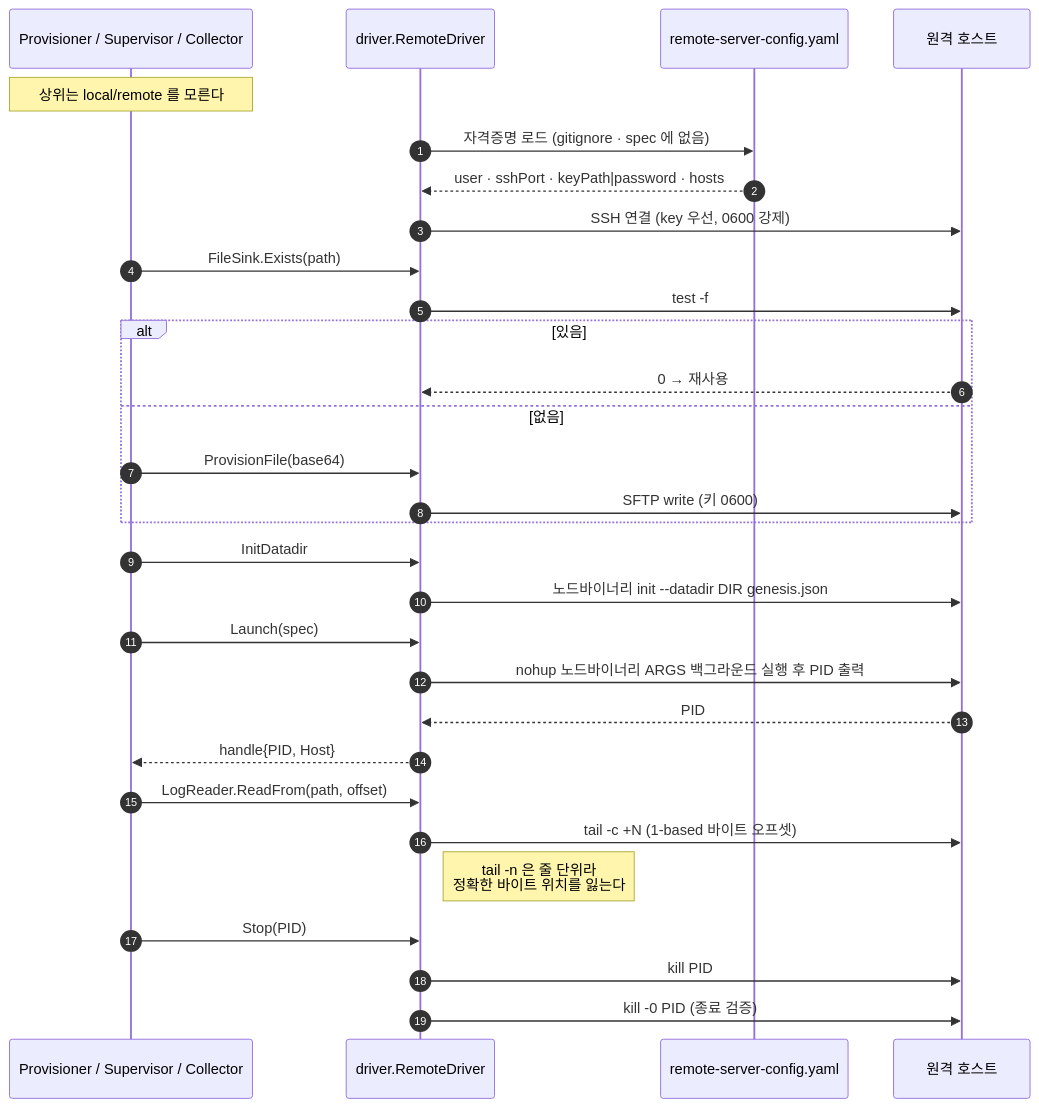
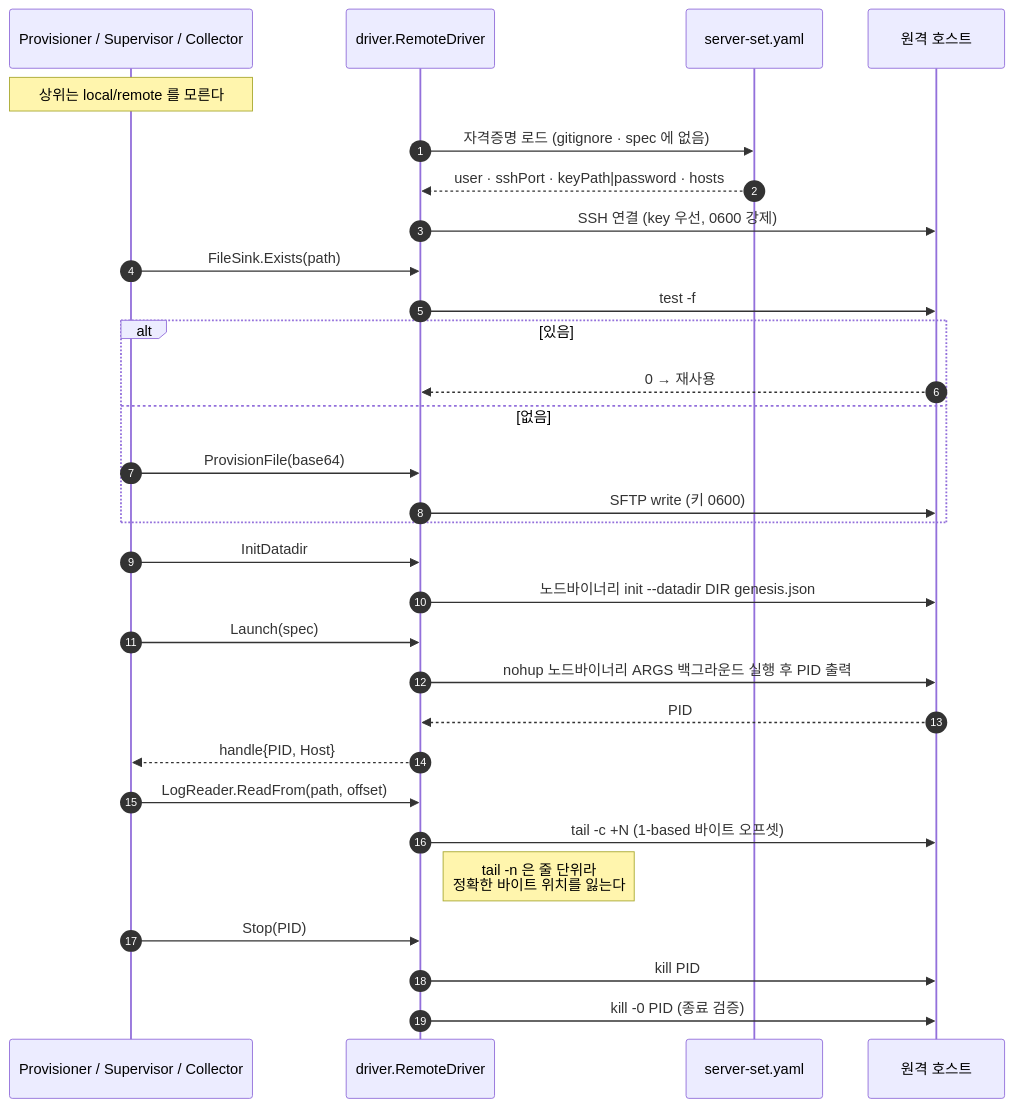
One commit to 0xmhha/chainbench changed the fifth of 6 diagrams in docs/dev/architecture/sequence-diagrams.md. Above: the diagram before and after it, drawn with Mermaid. The commit also changed 58 other files, not shown here.

````diff
--- a/docs/dev/architecture/sequence-diagrams.md
+++ b/docs/dev/architecture/sequence-diagrams.md
@@ -278,38 +278,38 @@
 ```mermaid
 sequenceDiagram
     autonumber
     participant UP as Provisioner / Supervisor / Collector
     participant D as driver.RemoteDriver
-    participant CFG as remote-server-config.yaml
+    participant CFG as server-set.yaml
     participant H as 원격 호스트
 
     note over UP: 상위는 local/remote 를 모른다
     D->>CFG: 자격증명 로드 (gitignore · spec 에 없음)
     CFG-->>D: user · sshPort · keyPath|password · hosts
     D->>H: SSH 연결 (key 우선, 0600 강제)
 
     UP->>D: FileSink.Exists(path)
     D->>H: test -f
     alt 있음
         H-->>D: 0 → 재사용
     else 없음
         UP->>D: ProvisionFile(base64)
         D->>H: SFTP write (키 0600)
     end
 
     UP->>D: InitDatadir
     D->>H: 노드바이너리 init --datadir DIR genesis.json
 
     UP->>D: Launch(spec)
     D->>H: nohup 노드바이너리 ARGS 백그라운드 실행 후 PID 출력
     H-->>D: PID
     D-->>UP: handle{PID, Host}
 
     UP->>D: LogReader.ReadFrom(path, offset)
     D->>H: tail -c +N (1-based 바이트 오프셋)
     note right of D: tail -n 은 줄 단위라<br/>정확한 바이트 위치를 잃는다
 
     UP->>D: Stop(PID)
     D->>H: kill PID
     D->>H: kill -0 PID (종료 검증)
 ```
````
